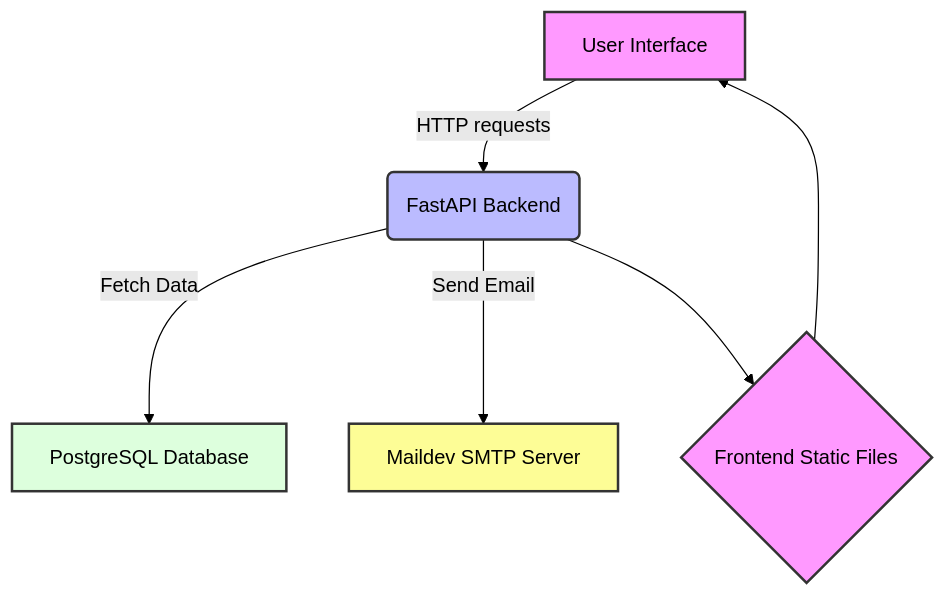
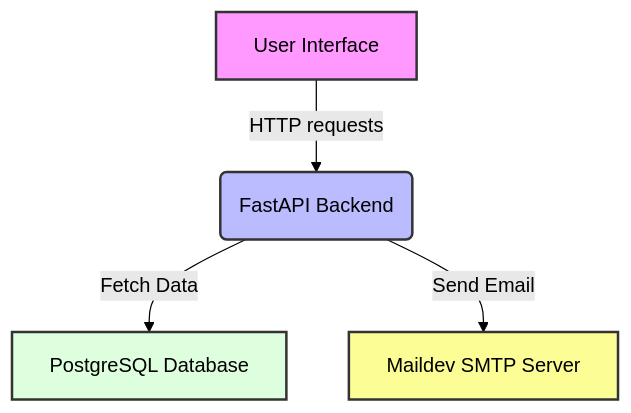
The diagram in README.md (zbgn/dailymotion-user-auth), drawn with Mermaid (forest theme) before and after one commit. The commit also changed other lines of this file and 15 other files, not shown here.

````diff
--- a/README.md
+++ b/README.md
@@ -14,14 +13,10 @@
 ```mermaid
 graph TD
     A[User Interface] -->|HTTP requests| B(FastAPI Backend)
     B -->|Fetch Data| D[PostgreSQL Database]
     B -->|Send Email| E[Maildev SMTP Server]
-    B --> C{Frontend Static Files}
-    C --> A
-
     style A fill:#f9f,stroke:#333,stroke-width:2px
     style B fill:#bbf,stroke:#333,stroke-width:2px
-    style C fill:#f9f,stroke:#333,stroke-width:2px
     style D fill:#dfd,stroke:#333,stroke-width:2px
     style E fill:#fdfd96,stroke:#333,stroke-width:2px
 ```
````
